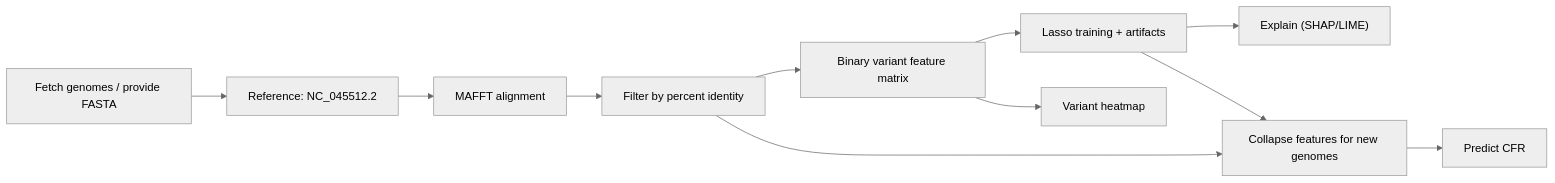
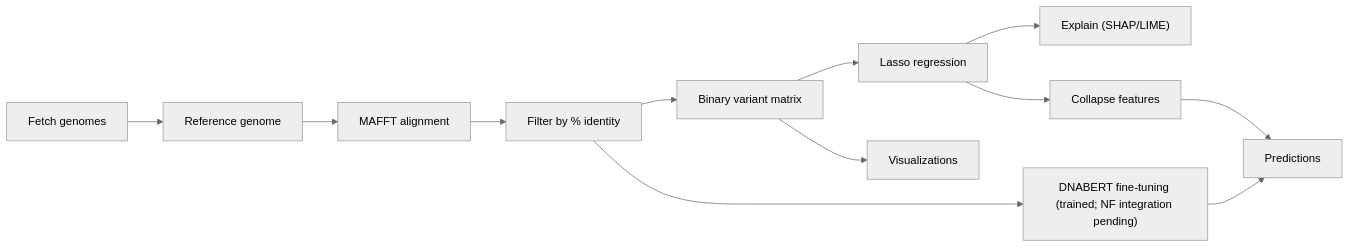
The diagram in README.md (achandrasek6/Covid-Mortality-Prediction), drawn with Mermaid (neutral theme) before and after one commit. The commit also changed other lines of this file, not shown here.

````diff
--- a/README.md
+++ b/README.md
@@ -36,13 +79,14 @@
 ```mermaid
 flowchart LR
-  A["Fetch genomes / provide FASTA"] --> B["Reference: NC_045512.2"]
+  A["Fetch genomes"] --> B["Reference genome"]
   B --> C["MAFFT alignment"]
-  C --> D["Filter by percent identity"]
-  D --> E["Binary variant feature matrix"]
-  E --> F["Lasso training + artifacts"]
+  C --> D["Filter by % identity"]
+  D --> E["Binary variant matrix"]
+  E --> F["Lasso regression"]
   F --> G["Explain (SHAP/LIME)"]
-  E --> H["Variant heatmap"]
-  D --> I["Collapse features for new genomes"]
-  F --> I
-  I --> J["Predict CFR"]
+  D --> H["DNABERT fine-tuning (trained; NF integration pending)"]
+  E --> I["Visualizations"]
+  F --> J["Collapse features"]
+  H --> K["Predictions"]
+  J --> K
 ```
````
